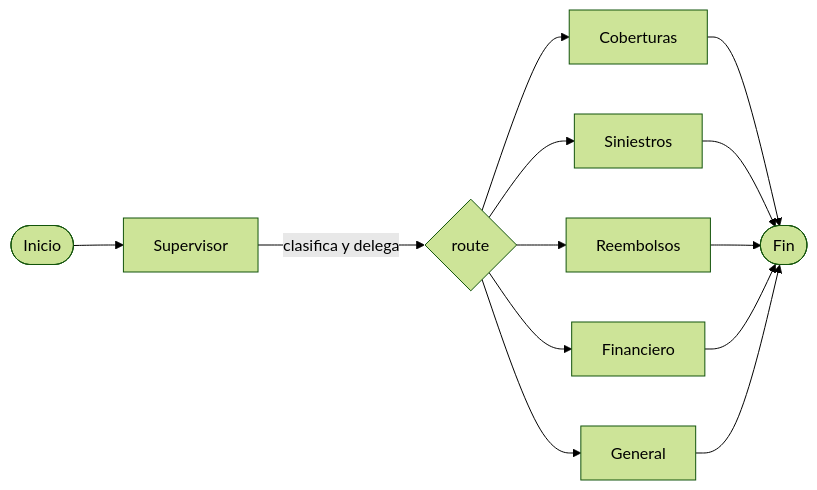
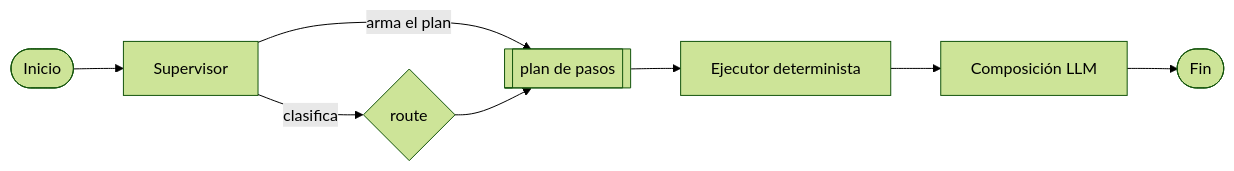
Before and after one commit to niccastillo23/ev1IA: the second of 4 diagrams in docs/arquitectura.md, drawn with Mermaid (forest theme). The commit also changed other lines of this file and 16 other files, not shown here.

````diff
--- a/docs/arquitectura.md
+++ b/docs/arquitectura.md
@@ -48,15 +48,10 @@
 ```mermaid
 flowchart LR
     START([Inicio]) --> SUP[Supervisor]
-    SUP -->|clasifica y delega| ROUTE{route}
-    ROUTE --> COB[Coberturas]
-    ROUTE --> SIN[Siniestros]
-    ROUTE --> REE[Reembolsos]
-    ROUTE --> FIN[Financiero]
-    ROUTE --> GEN[General]
-    COB --> E([Fin])
-    SIN --> E
-    REE --> E
-    FIN --> E
-    GEN --> E
+    SUP -->|clasifica| ROUTE{route}
+    SUP -->|arma el plan| PLAN[[plan de pasos]]
+    ROUTE --> PLAN
+    PLAN --> EXEC[Ejecutor determinista]
+    EXEC --> COMP[Composición LLM]
+    COMP --> FIN([Fin])
 ```
````
